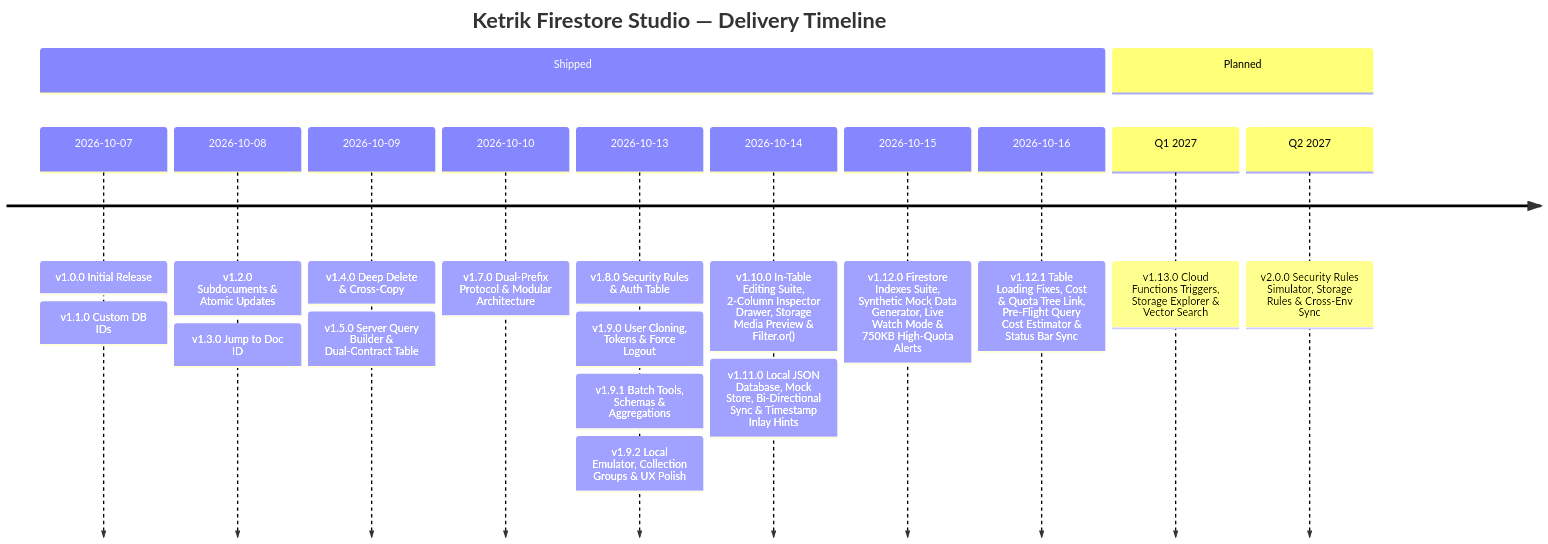
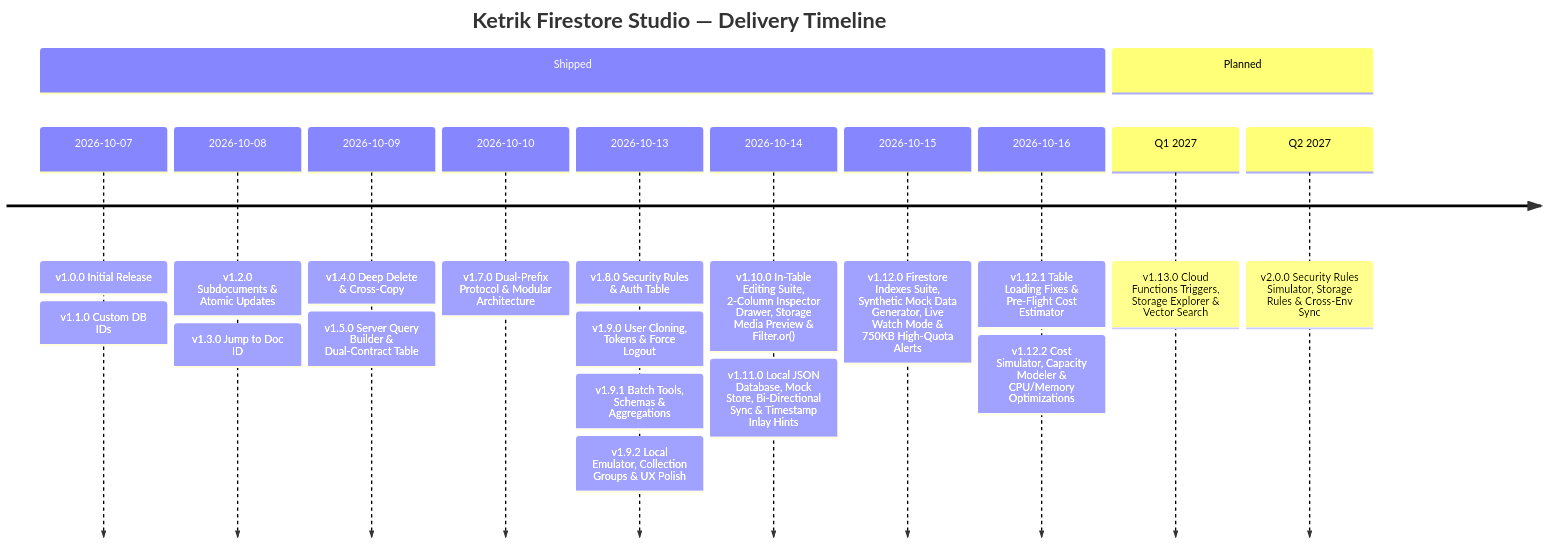
One commit to ketrik/ketrik-firestore-studio changed the diagram in ROADMAP.md. Above: the diagram before and after it, drawn with Mermaid. The commit also changed other lines of this file and 16 other files, not shown here.

````diff
--- a/ROADMAP.md
+++ b/ROADMAP.md
@@ -5,16 +5,16 @@
 ```mermaid
 timeline
     title Ketrik Firestore Studio — Delivery Timeline
     section Shipped
         2026-10-07 : v1.0.0 Initial Release : v1.1.0 Custom DB IDs
         2026-10-08 : v1.2.0 Subdocuments & Atomic Updates : v1.3.0 Jump to Doc ID
         2026-10-09 : v1.4.0 Deep Delete & Cross-Copy : v1.5.0 Server Query Builder & Dual-Contract Table
         2026-10-10 : v1.7.0 Dual-Prefix Protocol & Modular Architecture
         2026-10-13 : v1.8.0 Security Rules & Auth Table : v1.9.0 User Cloning, Tokens & Force Logout : v1.9.1 Batch Tools, Schemas & Aggregations : v1.9.2 Local Emulator, Collection Groups & UX Polish
         2026-10-14 : v1.10.0 In-Table Editing Suite, 2-Column Inspector Drawer, Storage Media Preview & Filter.or() : v1.11.0 Local JSON Database, Mock Store, Bi-Directional Sync & Timestamp Inlay Hints
         2026-10-15 : v1.12.0 Firestore Indexes Suite, Synthetic Mock Data Generator, Live Watch Mode & 750KB High-Quota Alerts
-        2026-10-16 : v1.12.1 Table Loading Fixes, Cost & Quota Tree Link, Pre-Flight Query Cost Estimator & Status Bar Sync
+        2026-10-16 : v1.12.1 Table Loading Fixes & Pre-Flight Cost Estimator : v1.12.2 Cost Simulator, Capacity Modeler & CPU/Memory Optimizations
     section Planned
         Q1 2027 : v1.13.0 Cloud Functions Triggers, Storage Explorer & Vector Search
         Q2 2027 : v2.0.0 Security Rules Simulator, Storage Rules & Cross-Env Sync
 ```
````
